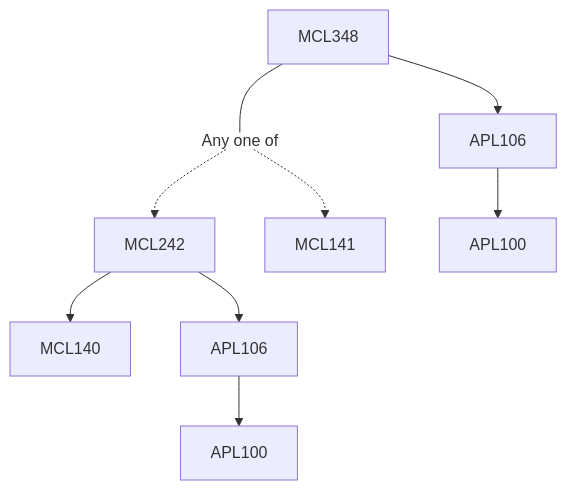
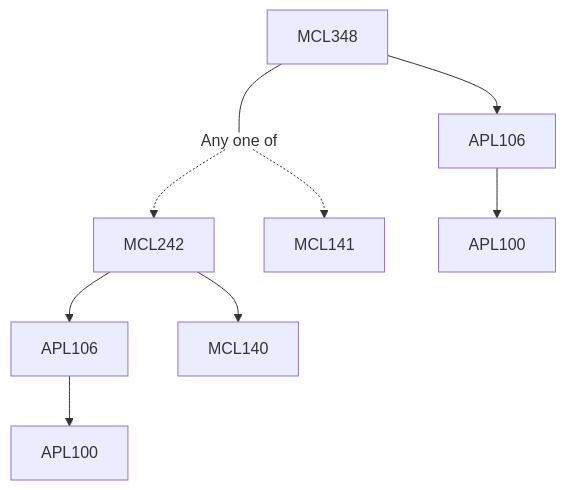
Before and after one commit to KeshavBansal0122/CoS_Website: the diagram in content/Mechanical Engineering/MCL348.md, drawn with Mermaid. The commit also changed other lines of this file and 392 other files, not shown here.

````diff
--- a/content/Mechanical Engineering/MCL348.md
+++ b/content/Mechanical Engineering/MCL348.md
@@ -13,15 +13,15 @@
 ```mermaid
 flowchart TD
 MCL348-1434[MCL348]
 MCL348-1434 --- Or1435[Any one of]:::empty
+MCL242-1436 --> APL106-1436[APL106]
+APL106-1436 --> APL100-1436[APL100]
 MCL242-1436 --> MCL140-1436[MCL140]
-MCL242-1436 --> APL106-1436[APL106]
 Or1435 -.-> MCL242-1436[MCL242]
-APL106-1436 --> APL100-1436[APL100]
 Or1435 -.-> MCL141-1437[MCL141]
 APL106-1434 --> APL100-1434[APL100]
 MCL348-1434 --> APL106-1434[APL106]
 
 classDef empty height:17px, fill:transparent, stroke:transparent;
 classDef trueEmpty height:0px, width:0px;
 ```
````
